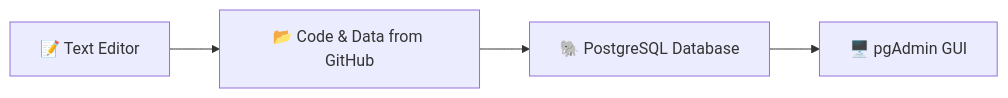
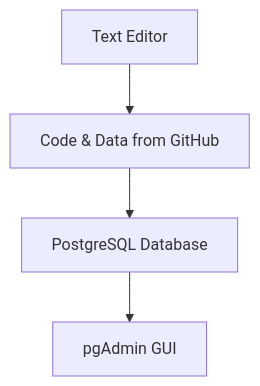
The first of 3 diagrams in Practical SQL/chap_1.md (Furba2/Obsidian), drawn with Mermaid before and after one commit. The commit also changed other lines of this file and 2 other files, not shown here.

````diff
--- a/Practical SQL/chap_1.md
+++ b/Practical SQL/chap_1.md
@@ -11,6 +1,6 @@
 ```mermaid
-flowchart LR
-    A[📝 Text Editor] --> B[📂 Code & Data from GitHub]
-    B --> C[🐘 PostgreSQL Database]
-    C --> D[🖥️ pgAdmin GUI]
-```
+flowchart TD
+    A[Text Editor] --> B[Code & Data from GitHub]
+    B --> C[PostgreSQL Database]
+    C --> D[pgAdmin GUI]
+``` 
````
